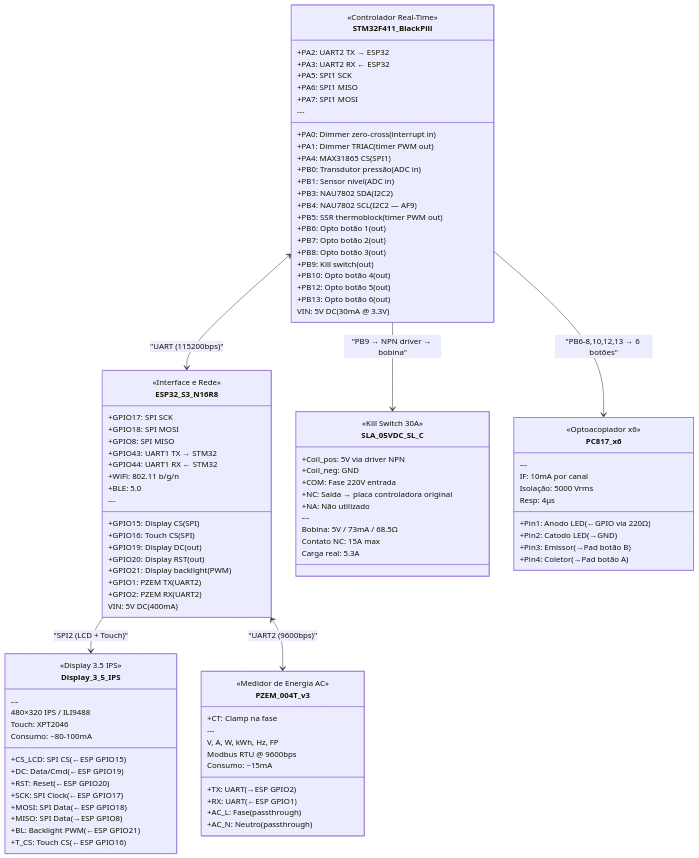
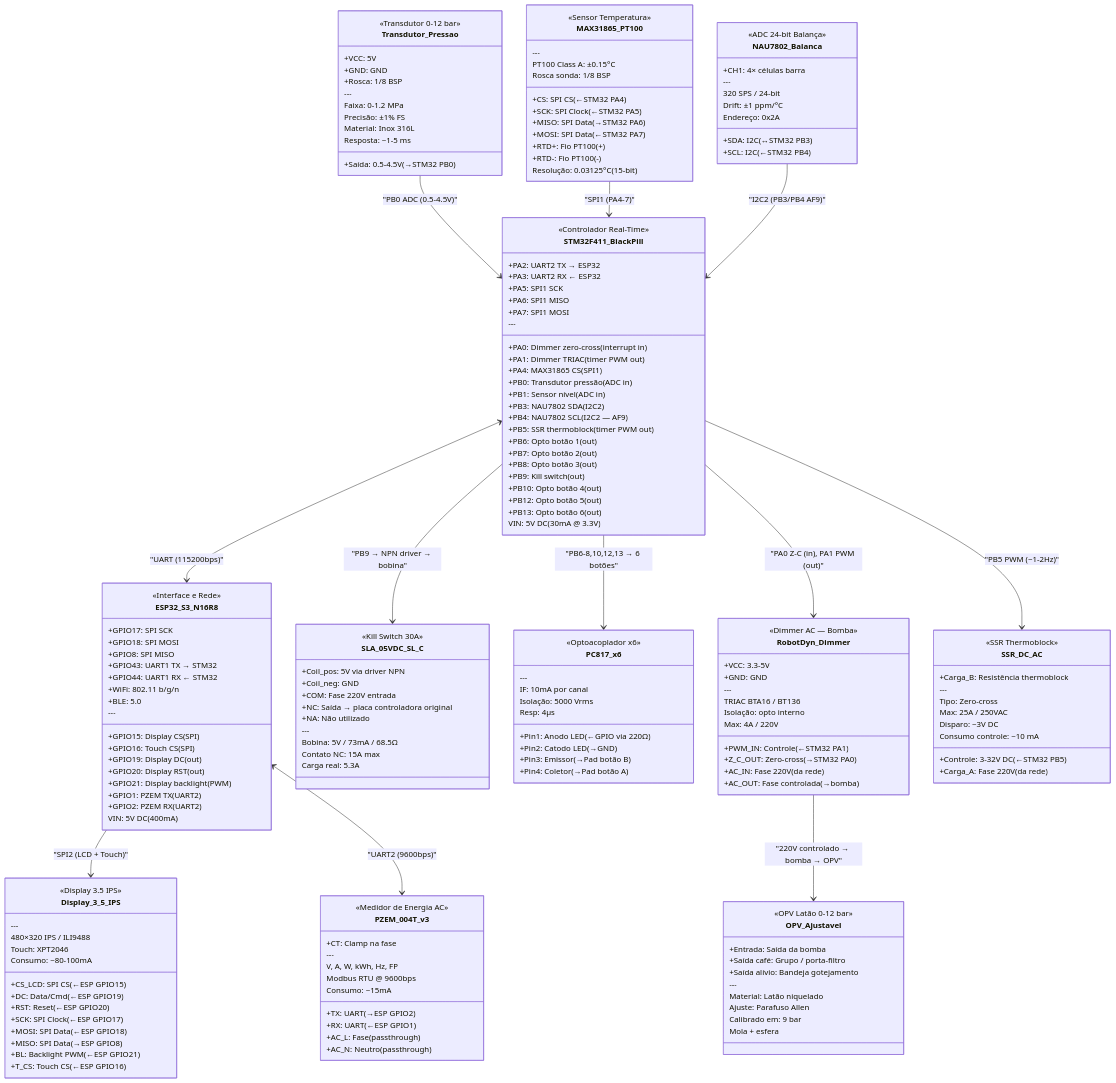
Before and after one commit to SamuelMoraesF/iot-oster-prima-latte2: the first of 31 diagrams in docs/COMPONENTES.md, drawn with Mermaid. The commit also changed other lines of this file, not shown here.

First line of the commit message:
Adiciona 5 novos componentes e atualiza diagrama geral

````diff
--- a/docs/COMPONENTES.md
+++ b/docs/COMPONENTES.md
@@ -110,6 +110,88 @@
         Resp: 4µs
     }
 
+    class RobotDyn_Dimmer {
+        <<Dimmer AC — Bomba>>
+        +PWM_IN: Controle (←STM32 PA1)
+        +Z_C_OUT: Zero-cross (→STM32 PA0)
+        +VCC: 3.3-5V
+        +GND: GND
+        +AC_IN: Fase 220V (da rede)
+        +AC_OUT: Fase controlada (→bomba)
+        ---
+        TRIAC BTA16 / BT136
+        Isolação: opto interno
+        Max: 4A / 220V
+    }
+
+    class Transdutor_Pressao {
+        <<Transdutor 0-12 bar>>
+        +Saída: 0.5-4.5V (→STM32 PB0)
+        +VCC: 5V
+        +GND: GND
+        +Rosca: 1/8 BSP
+        ---
+        Faixa: 0-1.2 MPa
+        Precisão: ±1% FS
+        Material: Inox 316L
+        Resposta: ~1-5 ms
+    }
+
+    class OPV_Ajustavel {
+        <<OPV Latão 0-12 bar>>
+        +Entrada: Saída da bomba
+        +Saída café: Grupo / porta-filtro
+        +Saída alívio: Bandeja gotejamento
+        ---
+        Material: Latão niquelado
+        Ajuste: Parafuso Allen
+        Calibrado em: 9 bar
+        Mola + esfera
+    }
+
+    class SSR_DC_AC {
+        <<SSR Thermoblock>>
+        +Controle: 3-32V DC (←STM32 PB5)
+        +Carga_A: Fase 220V (da rede)
+        +Carga_B: Resistência thermoblock
+        ---
+        Tipo: Zero-cross
+        Max: 25A / 250VAC
+        Disparo: ~3V DC
+        Consumo controle: ~10 mA
+    }
+
+    class MAX31865_PT100 {
+        <<Sensor Temperatura>>
+        +CS: SPI CS (←STM32 PA4)
+        +SCK: SPI Clock (←STM32 PA5)
+        +MISO: SPI Data (→STM32 PA6)
+        +MOSI: SPI Data (←STM32 PA7)
+        +RTD+: Fio PT100 (+)
+        +RTD-: Fio PT100 (-)
+        ---
+        Resolução: 0.03125°C (15-bit)
+        PT100 Class A: ±0.15°C
+        Rosca sonda: 1/8 BSP
+    }
+
+    class NAU7802_Balanca {
+        <<ADC 24-bit Balança>>
+        +SDA: I2C (↔STM32 PB3)
+        +SCL: I2C (←STM32 PB4)
+        +CH1: 4× células barra
+        ---
+        320 SPS / 24-bit
+        Drift: ±1 ppm/°C
+        Endereço: 0x2A
+    }
+
+    STM32F411_BlackPill --> RobotDyn_Dimmer : "PA0 Z-C (in), PA1 PWM (out)"
+    RobotDyn_Dimmer --> OPV_Ajustavel : "220V controlado → bomba → OPV"
+    Transdutor_Pressao --> STM32F411_BlackPill : "PB0 ADC (0.5-4.5V)"
+    STM32F411_BlackPill --> SSR_DC_AC : "PB5 PWM (~1-2Hz)"
+    MAX31865_PT100 --> STM32F411_BlackPill : "SPI1 (PA4-7)"
+    NAU7802_Balanca --> STM32F411_BlackPill : "I2C2 (PB3/PB4 AF9)"
     STM32F411_BlackPill --> SLA_05VDC_SL_C : "PB9 → NPN driver → bobina"
     STM32F411_BlackPill --> PC817_x6 : "PB6-8,10,12,13 → 6 botões"
 ```
````
